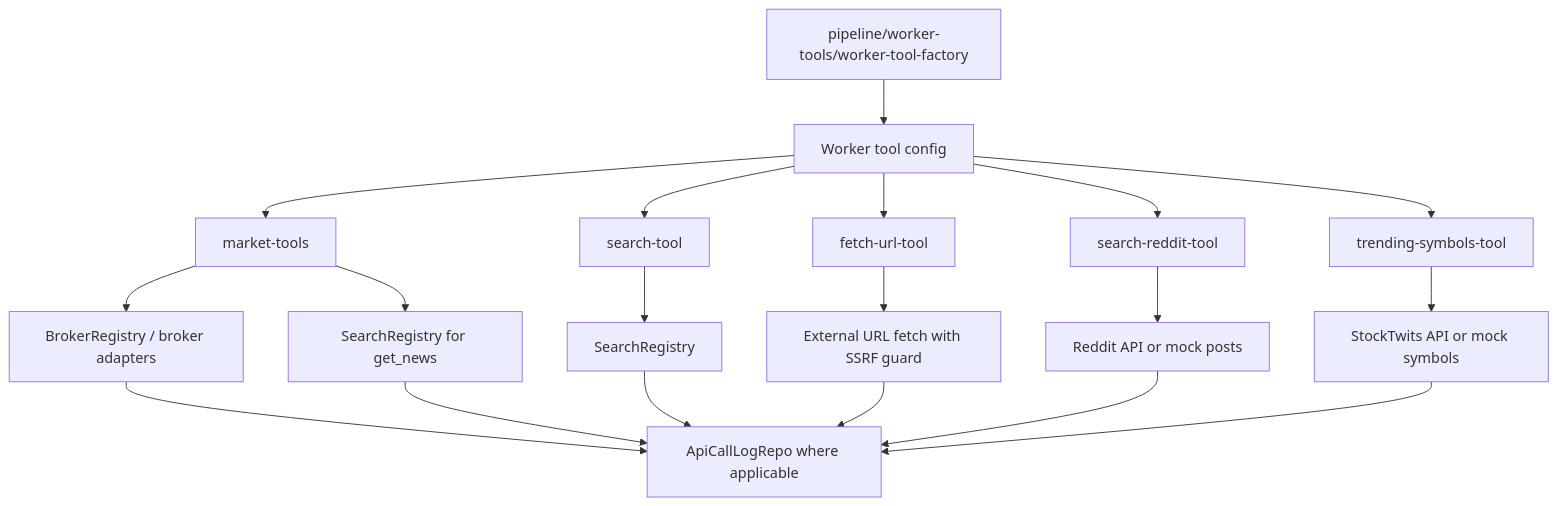
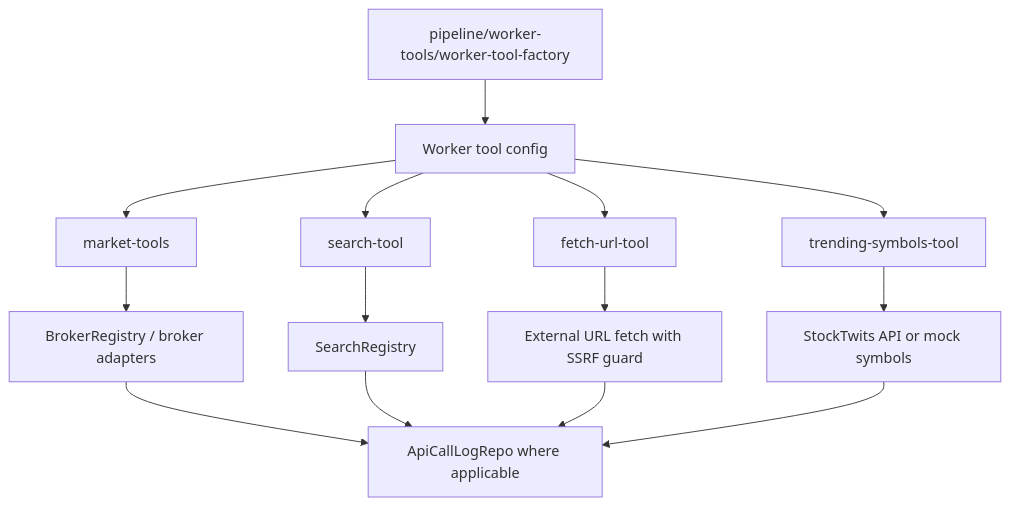
The diagram in electron/main/services/tools/README.md (KennethAtchon/Exva), drawn with Mermaid before and after one commit. The commit also changed other lines of this file and 27 other files, not shown here.

First line of the commit message:
Add tool surface review for `get_news`, `get_ohlcv`, and `search_reddit` tools

````diff
--- a/electron/main/services/tools/README.md
+++ b/electron/main/services/tools/README.md
@@ -20,23 +18,18 @@
 ```mermaid
 flowchart TD
     Factory[pipeline/worker-tools/worker-tool-factory] --> Config[Worker tool config]
     Config --> Market[market-tools]
     Config --> Search[search-tool]
     Config --> Fetch[fetch-url-tool]
-    Config --> Reddit[search-reddit-tool]
     Config --> Trending[trending-symbols-tool]
 
     Market --> Broker[BrokerRegistry / broker adapters]
-    Market --> NewsSearch[SearchRegistry for get_news]
     Search --> SearchRegistry[SearchRegistry]
     Fetch --> Web[External URL fetch with SSRF guard]
-    Reddit --> RedditAPI[Reddit API or mock posts]
     Trending --> StockTwits[StockTwits API or mock symbols]
 
     Broker --> Log[ApiCallLogRepo where applicable]
-    NewsSearch --> Log
     SearchRegistry --> Log
     Web --> Log
-    RedditAPI --> Log
     StockTwits --> Log
 ```
````
